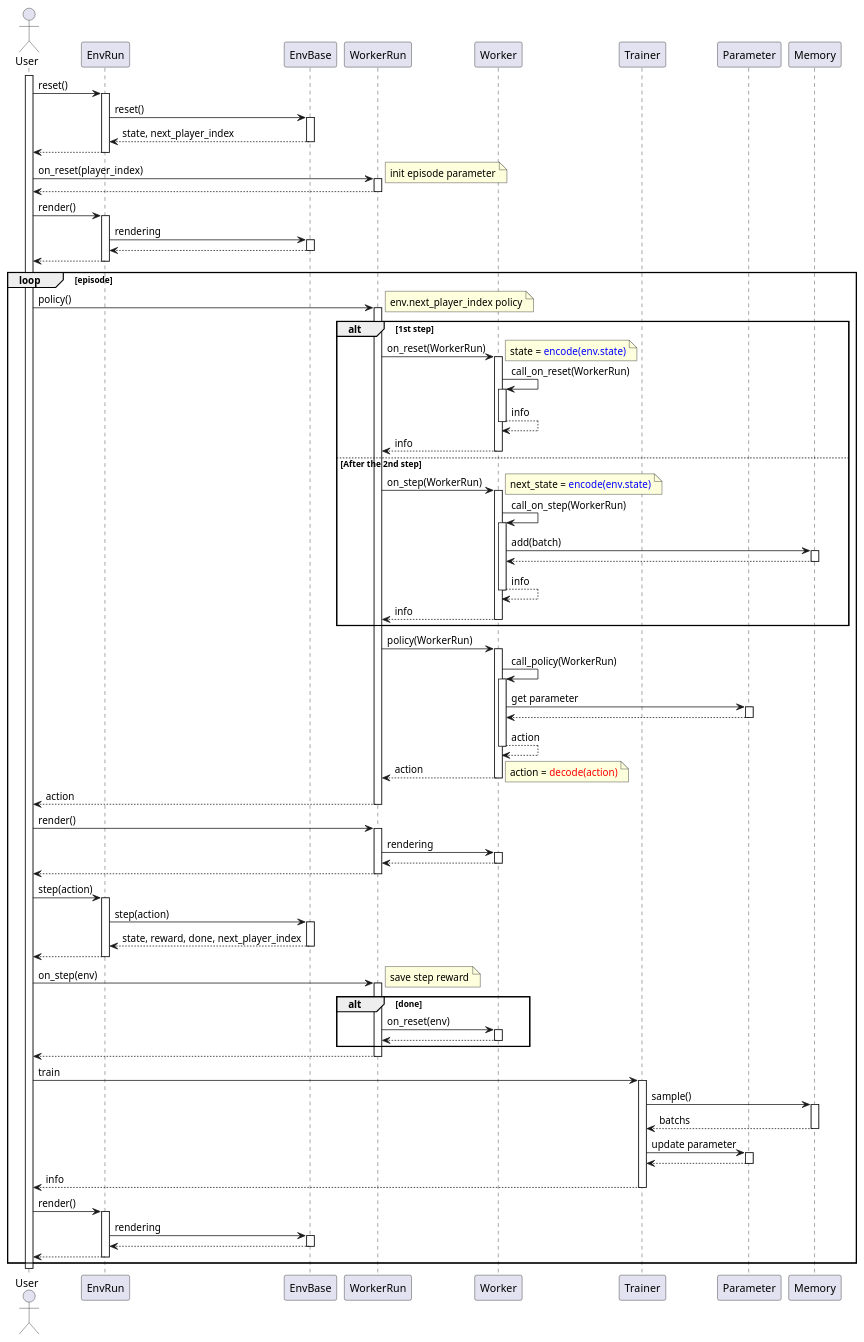
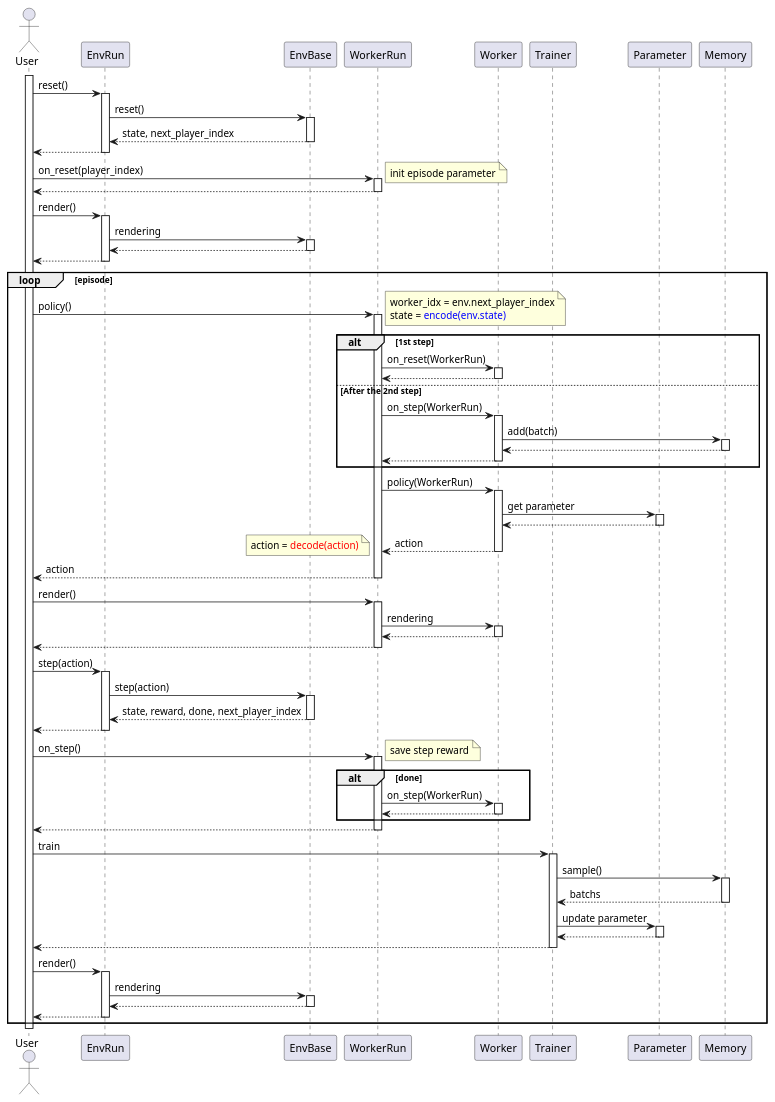
One commit to pocokhc/simple_distributed_rl changed the diagram in diagrams/playflow.pu. Above: the diagram before and after it, drawn with PlantUML. The commit also changed 6 other files, not shown here.

Commit message:
[diagrams] update

```diff
--- a/diagrams/playflow.pu
+++ b/diagrams/playflow.pu
@@ -1,106 +1,96 @@
 @startuml playflow
 autoactivate on
 
 actor User
 
 participant EnvRun
 participant EnvBase
 
 participant WorkerRun
 participant Worker
 
 participant Trainer
 participant Parameter
 participant Memory
 
 
 activate User
 
 User -> EnvRun: reset()
     EnvRun -> EnvBase: reset()
     return state, next_player_index
 return
 
 User -> WorkerRun: on_reset(player_index)
     note right: init episode parameter
 return
 
 User -> EnvRun: render()
     EnvRun -> EnvBase: rendering
     return
 return
 
 loop episode
 
     User -> WorkerRun: policy()
         note right
-        env.next_player_index policy
+        worker_idx = env.next_player_index
+        state = <color blue>encode(env.state)</color>
         end note
 
         alt 1st step
             WorkerRun -> Worker: on_reset(WorkerRun)
-                note right
-                state = <color blue>encode(env.state)</color>
-                end note
-                Worker -> Worker: call_on_reset(WorkerRun)
-                return info
-            return info
+            return
         else After the 2nd step
             WorkerRun -> Worker: on_step(WorkerRun)
-                note right
-                next_state = <color blue>encode(env.state)</color>
-                end note
-                Worker -> Worker: call_on_step(WorkerRun)
-                    Worker -> Memory: add(batch)
-                    return
-                return info
-            return info
+                Worker -> Memory: add(batch)
+                return
+            return
         end
 
         WorkerRun -> Worker: policy(WorkerRun)
-            Worker -> Worker: call_policy(WorkerRun)
-                Worker -> Parameter: get parameter
-                return
-            return action
+            Worker -> Parameter: get parameter
+            return
         return action
-        note right
+
+        note left
         action = <color red>decode(action)</color>
         end note
     return action
 
     User -> WorkerRun: render()
         WorkerRun -> Worker: rendering
         return
     return
     
     User -> EnvRun: step(action)
         EnvRun -> EnvBase: step(action)
         return state, reward, done, next_player_index
     return
 
-    User -> WorkerRun: on_step(env)
+    User -> WorkerRun: on_step()
         note right
         save step reward
         end note
         alt done
-            WorkerRun -> Worker: on_reset(env)
+            WorkerRun -> Worker: on_step(WorkerRun)
             return
         end
     return
 
     User -> Trainer: train
         Trainer -> Memory: sample()
         return batchs
         Trainer -> Parameter: update parameter
         return
-    return info
+    return
 
     User -> EnvRun: render()
         EnvRun -> EnvBase: rendering
         return
     return
 
 end
 deactivate User
 
 @enduml
```
